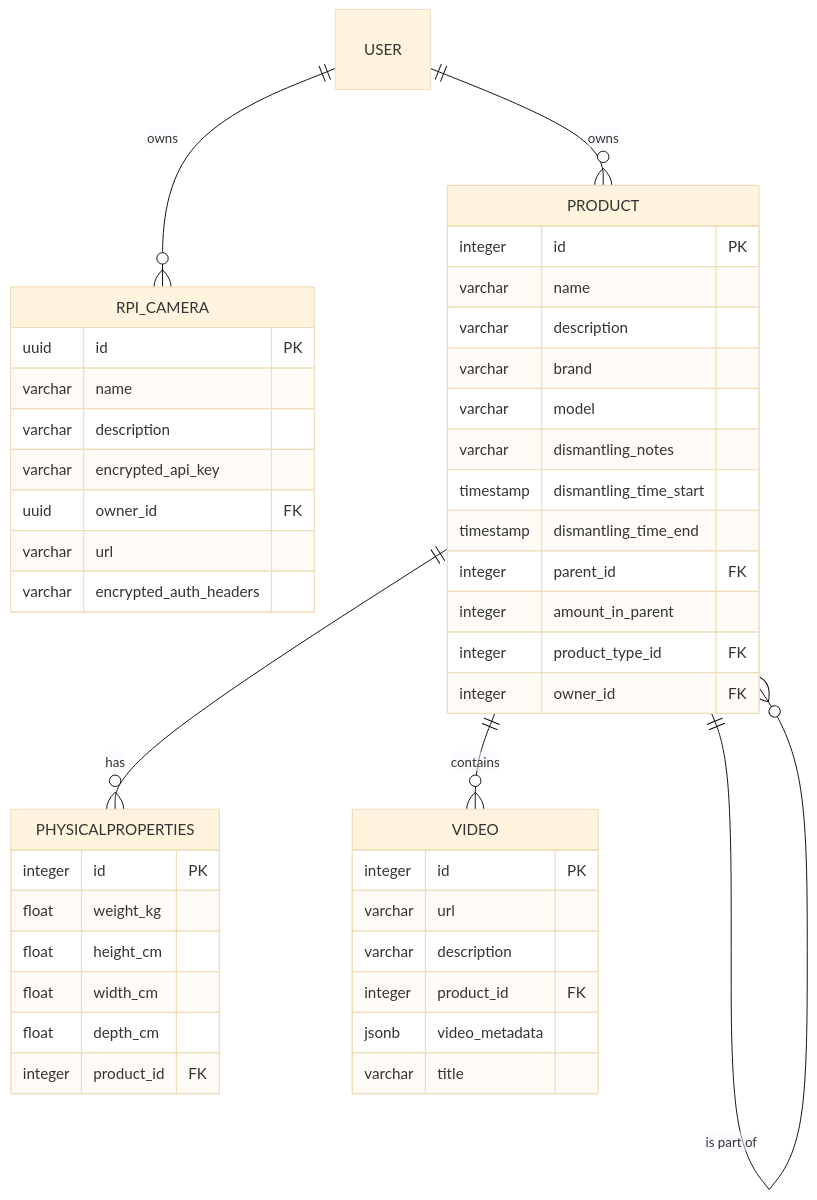
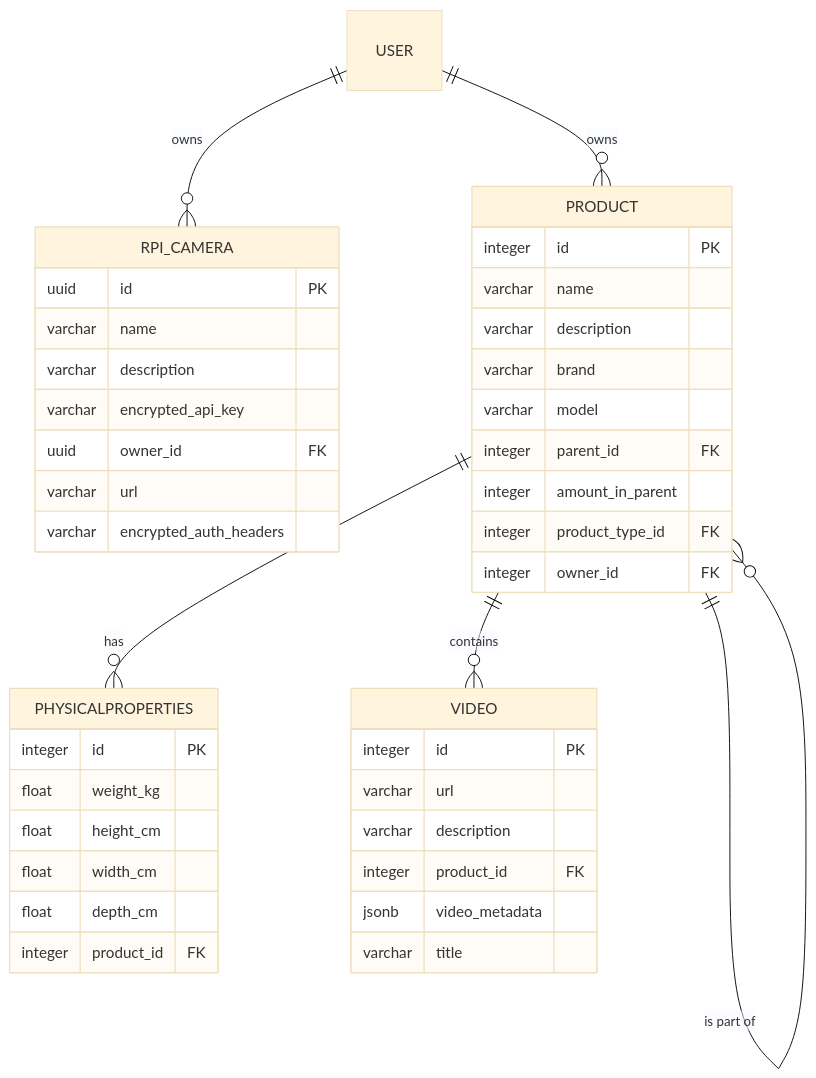
The fourth of 5 diagrams in docs/src/content/docs/architecture/datamodel.mdx (CMLPlatform/relab), drawn with Mermaid (base theme) before and after one commit. The commit also changed 13 other files, not shown here.

Commit message:
feat(backend): Remove product dismantling time fields

````diff
--- a/docs/src/content/docs/architecture/datamodel.mdx
+++ b/docs/src/content/docs/architecture/datamodel.mdx
@@ -188,51 +188,48 @@
 ```mermaid
 erDiagram
     RPI_CAMERA {
         uuid id PK
         varchar name
         varchar description
         varchar encrypted_api_key
         uuid owner_id FK
         varchar url
         varchar encrypted_auth_headers
     }
 
     PRODUCT {
         integer id PK
         varchar name
         varchar description
         varchar brand
         varchar model
-        varchar dismantling_notes
-        timestamp dismantling_time_start
-        timestamp dismantling_time_end
         integer parent_id FK
         integer amount_in_parent
         integer product_type_id FK
         integer owner_id FK
     }
 
     PHYSICALPROPERTIES {
         integer id PK
         float weight_kg
         float height_cm
         float width_cm
         float depth_cm
         integer product_id FK
     }
 
     VIDEO {
         integer id PK
         varchar url
         varchar description
         integer product_id FK
         jsonb video_metadata
         varchar title
     }
 
     USER ||--o{ RPI_CAMERA : "owns"
     USER ||--o{ PRODUCT : "owns"
     PRODUCT ||--o{ PHYSICALPROPERTIES : "has"
     PRODUCT ||--o{ VIDEO : "contains"
     PRODUCT ||--o{ PRODUCT : "is part of"
 ```
````
